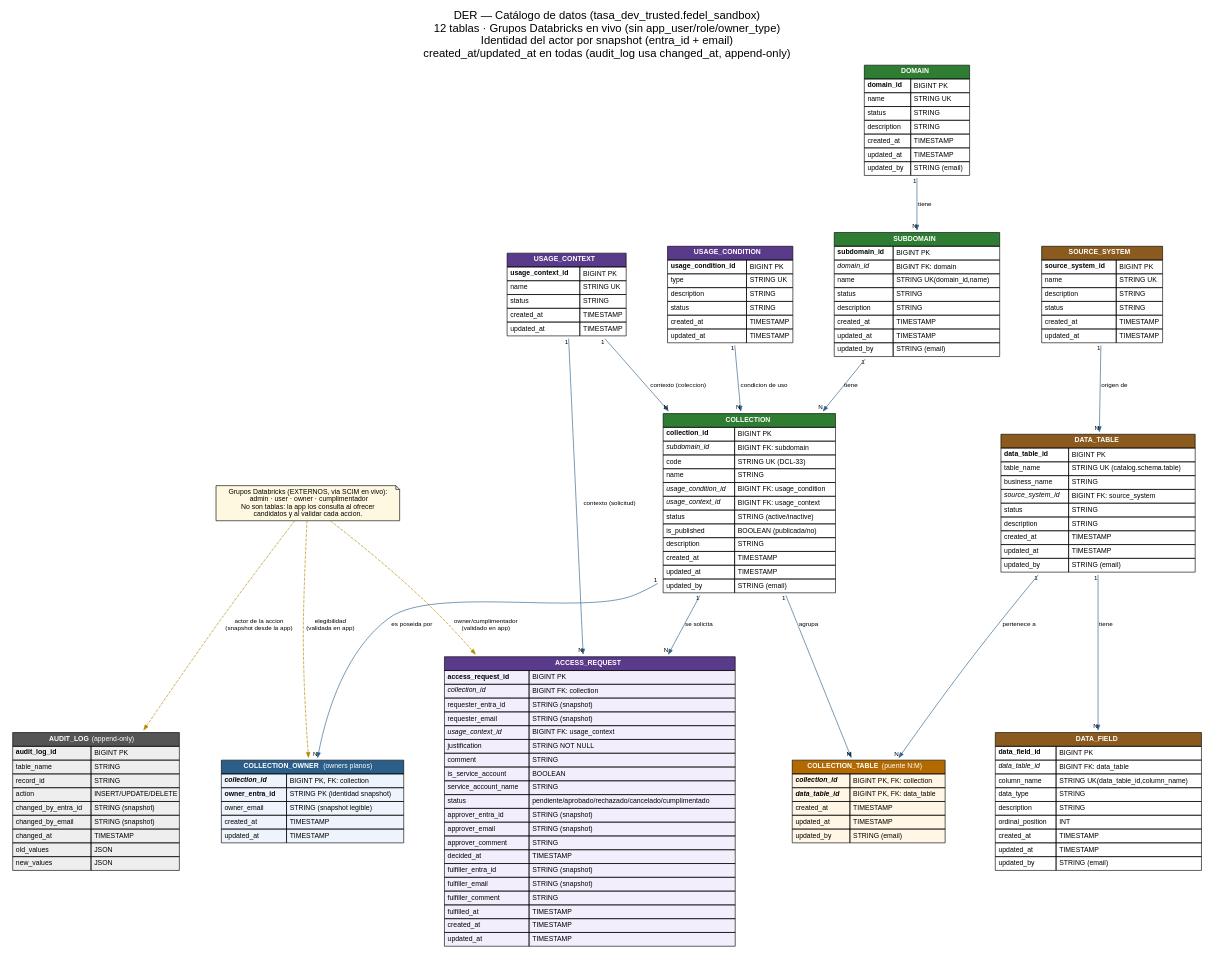
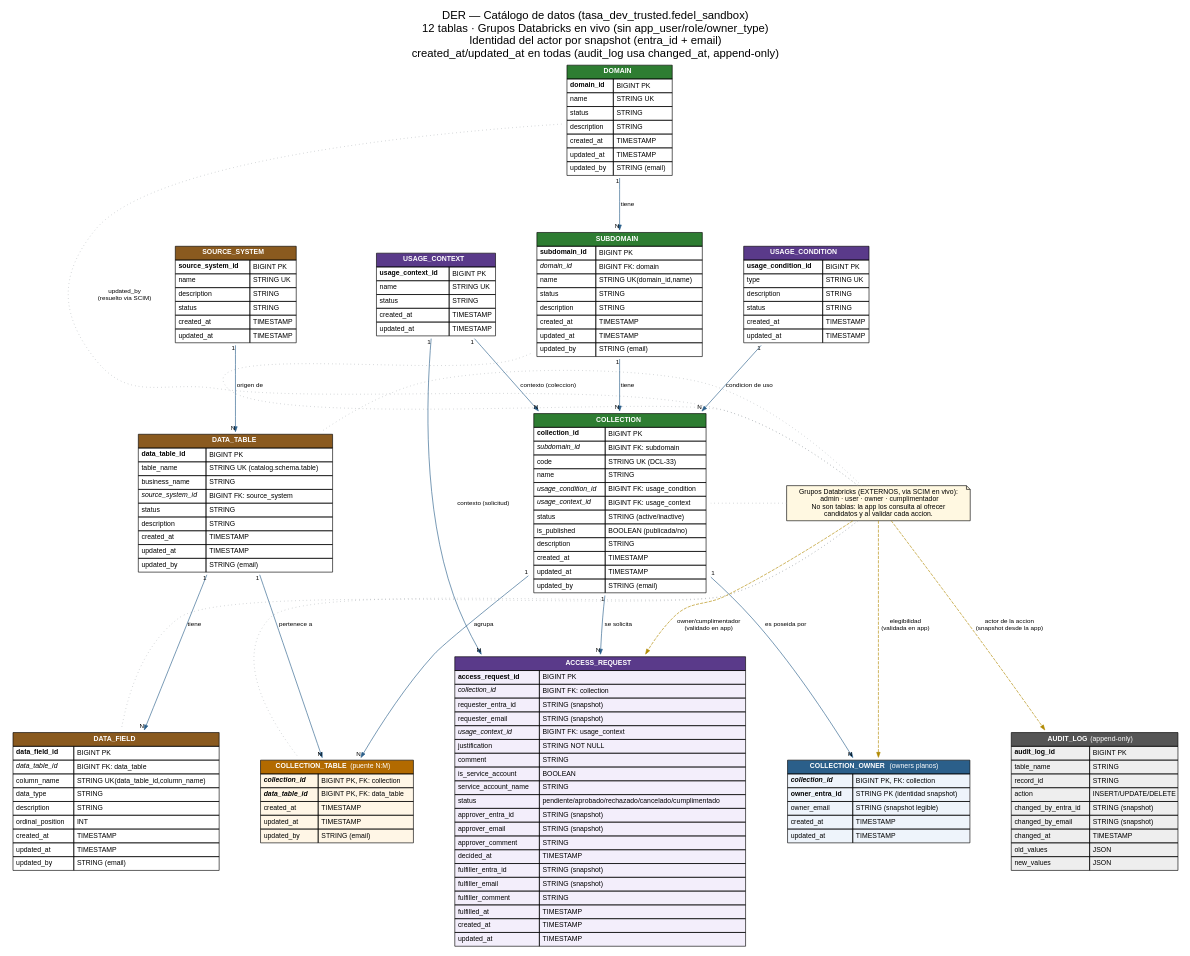
The diagram in der.dot (fedestf/der-grafico), drawn with Graphviz before and after one commit. The commit also changed 4 other files, not shown here.

Commit message:
Agregar relaciones SCIM a tablas con updated_by

```diff
--- a/der.dot
+++ b/der.dot
@@ -191,4 +191,12 @@
   grupos -> collection_owner [style=dashed, color="#b08900", label="elegibilidad\n(validada en app)"];
   grupos -> access_request   [style=dashed, color="#b08900", label="owner/cumplimentador\n(validado en app)"];
   grupos -> audit_log        [style=dashed, color="#b08900", label="actor de la accion\n(snapshot desde la app)"];
+
+  /* ===== updated_by: resuelto via grupos (SCIM) en tablas auditables ===== */
+  grupos -> domain           [style=dotted, color="#9aa0a6", arrowhead=none, constraint=false, label="updated_by\n(resuelto via SCIM)"];
+  grupos -> subdomain        [style=dotted, color="#9aa0a6", arrowhead=none, constraint=false];
+  grupos -> collection       [style=dotted, color="#9aa0a6", arrowhead=none, constraint=false];
+  grupos -> data_table       [style=dotted, color="#9aa0a6", arrowhead=none, constraint=false];
+  grupos -> data_field       [style=dotted, color="#9aa0a6", arrowhead=none, constraint=false];
+  grupos -> collection_table [style=dotted, color="#9aa0a6", arrowhead=none, constraint=false];
 }
```
